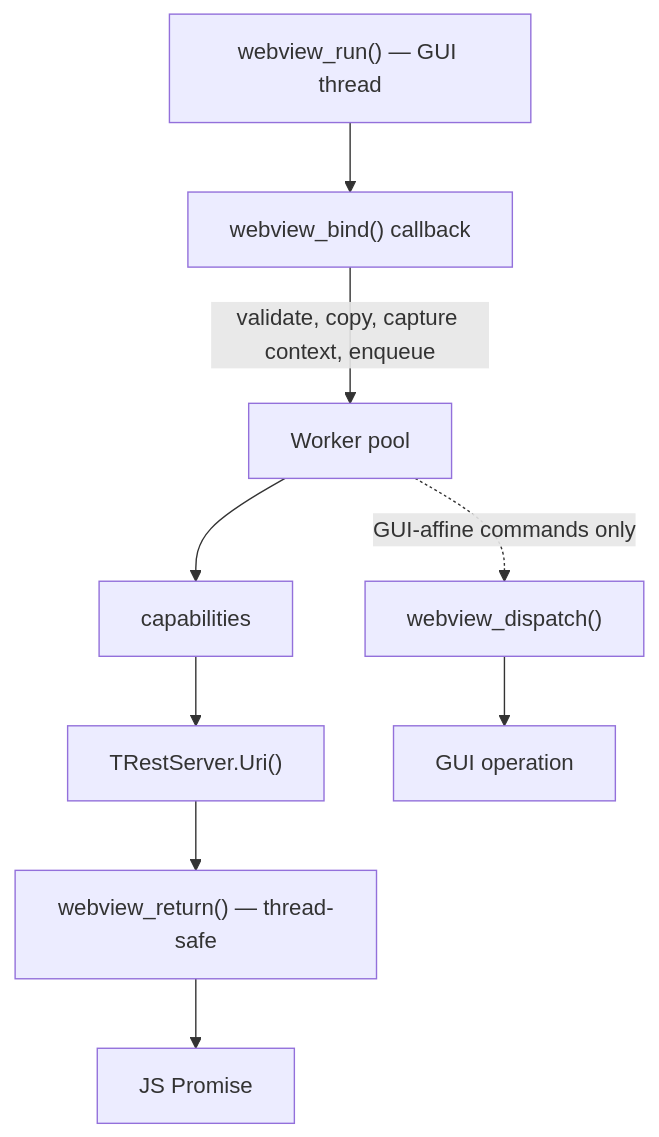
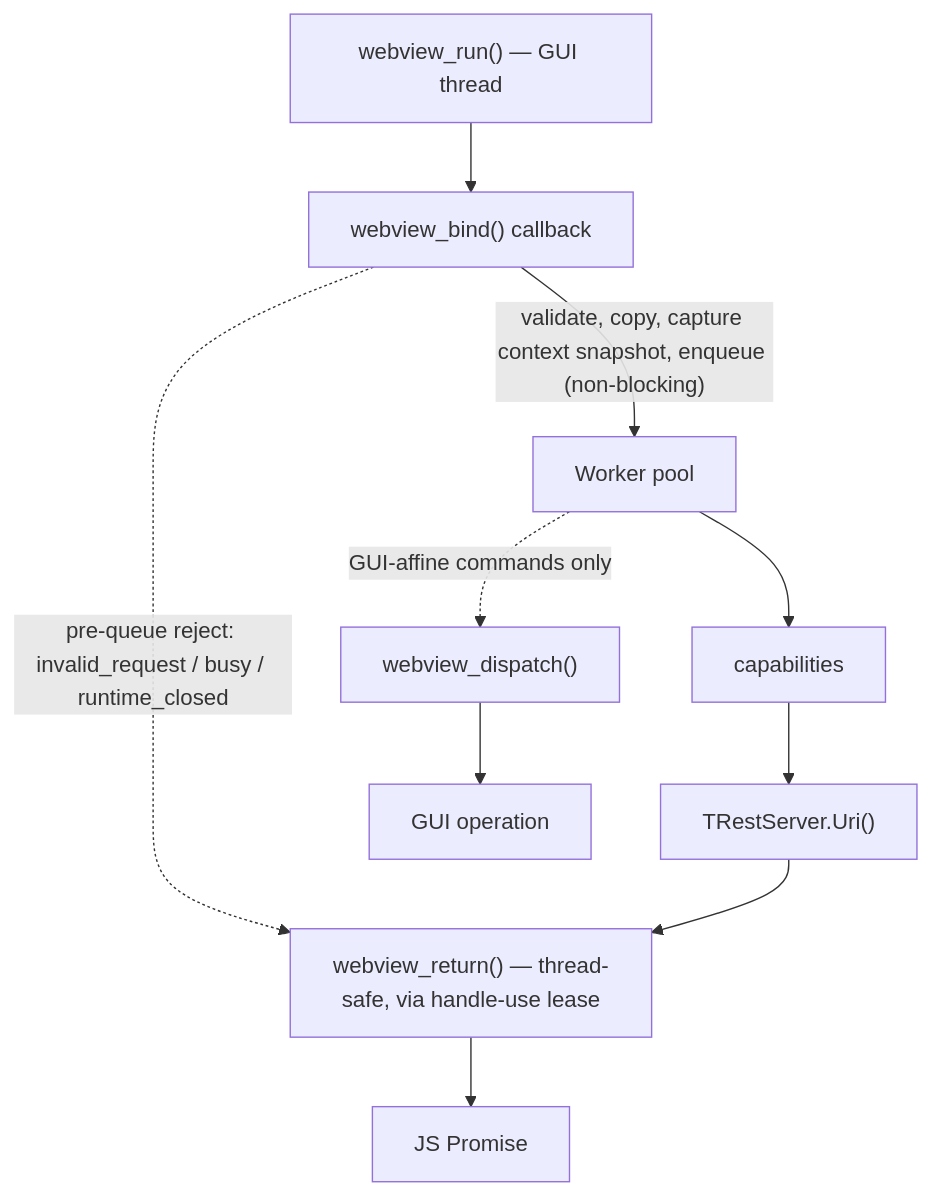
One commit to flydev-fr/pweb changed the seventh of 16 diagrams in _bmad-output/specs/spec-pweb/architecture-diagrams.md. Above: the diagram before and after it, drawn with Mermaid. The commit also changed other lines of this file and 8 other files, not shown here.

````diff
--- a/_bmad-output/specs/spec-pweb/architecture-diagrams.md
+++ b/_bmad-output/specs/spec-pweb/architecture-diagrams.md
@@ -84,11 +86,12 @@
 ```mermaid
 flowchart TD
     RUN["webview_run() — GUI thread"] --> BIND["webview_bind() callback"]
-    BIND -->|"validate, copy, capture context, enqueue"| POOL[Worker pool]
+    BIND -->|"validate, copy, capture context snapshot, enqueue (non-blocking)"| POOL[Worker pool]
+    BIND -.->|"pre-queue reject: invalid_request / busy / runtime_closed"| RET
     POOL --> CAPS[capabilities]
     CAPS --> URI["TRestServer.Uri()"]
-    URI --> RET["webview_return() — thread-safe"]
+    URI --> RET["webview_return() — thread-safe, via handle-use lease"]
     RET --> P[JS Promise]
     POOL -.->|"GUI-affine commands only"| DISP["webview_dispatch()"]
     DISP --> GUI[GUI operation]
 ```
````
